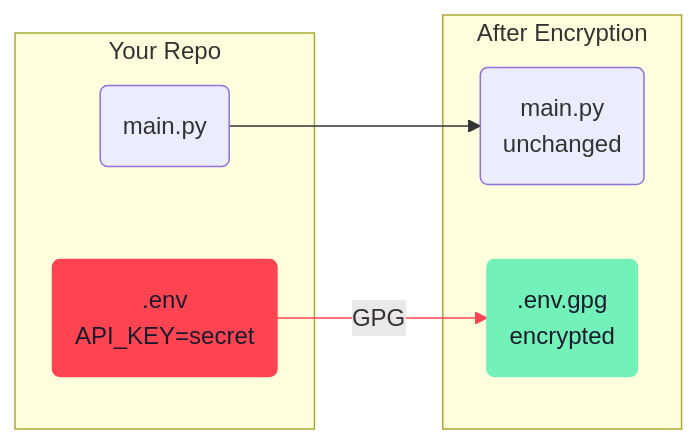
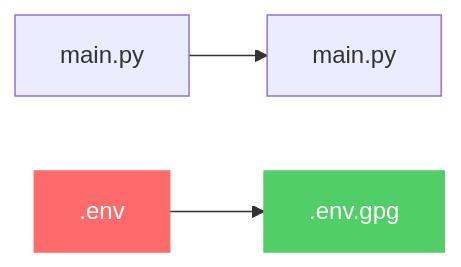
One commit to haKC-ai/gitcloakd changed the diagram in README.md. Above: the diagram before and after it, drawn with Mermaid. The commit also changed other lines of this file, not shown here.

````diff
--- a/README.md
+++ b/README.md
@@ -235,20 +102,8 @@
 ```mermaid
-flowchart LR
-    subgraph Before["Your Repo"]
-        CODE1("main.py")
-        SECRET1(".env<br/>API_KEY=secret")
-    end
+graph LR
+    A[main.py] --> B[main.py]
+    C[.env] --> D[.env.gpg]
 
-    subgraph After["After Encryption"]
-        CODE2("main.py<br/>unchanged")
-        SECRET2(".env.gpg<br/>encrypted")
-    end
-
-    CODE1 --> CODE2
-    SECRET1 -->|GPG| SECRET2
-
-    style SECRET1 fill:#fe4450,stroke:#fe4450,color:#1a1a2e
-    style SECRET2 fill:#72f1b8,stroke:#72f1b8,color:#1a1a2e
-
-    linkStyle 1 stroke:#fe4450
+    style C fill:#ff6b6b,stroke:#ff6b6b,color:#fff
+    style D fill:#51cf66,stroke:#51cf66,color:#fff
 ```
````
